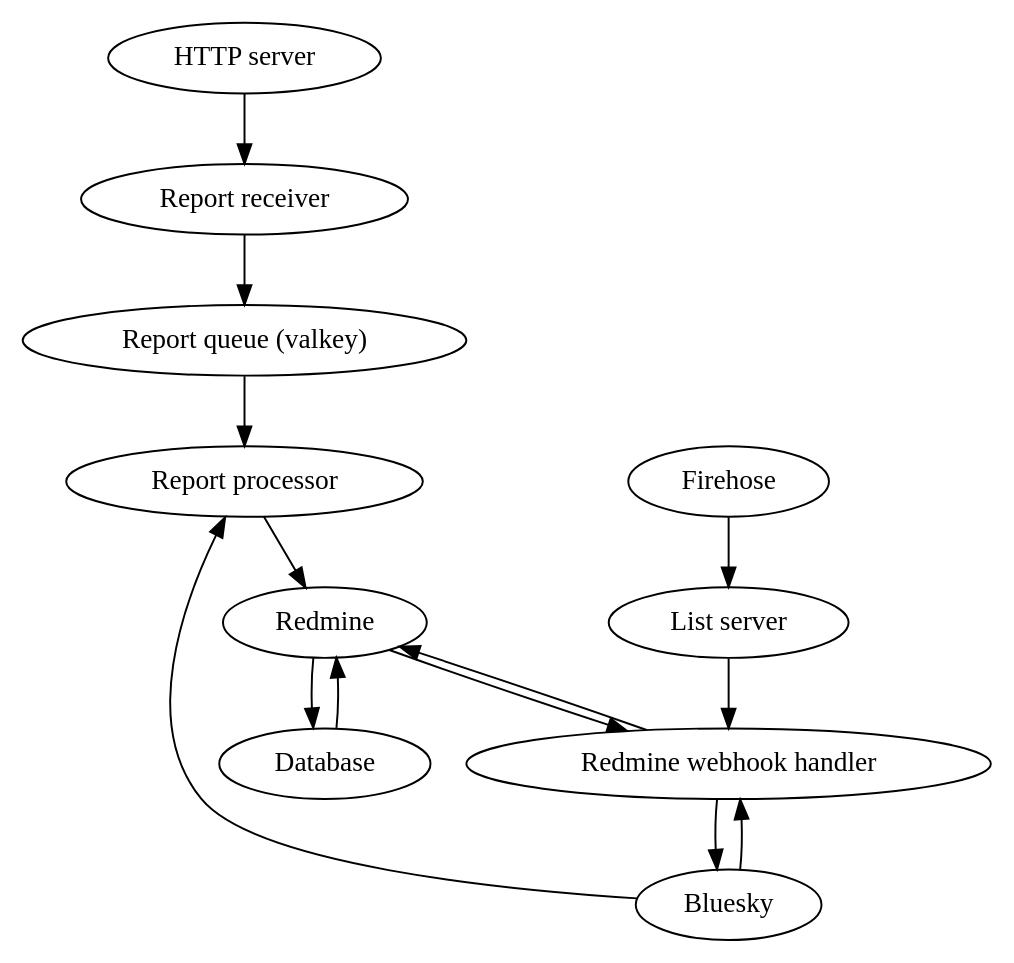
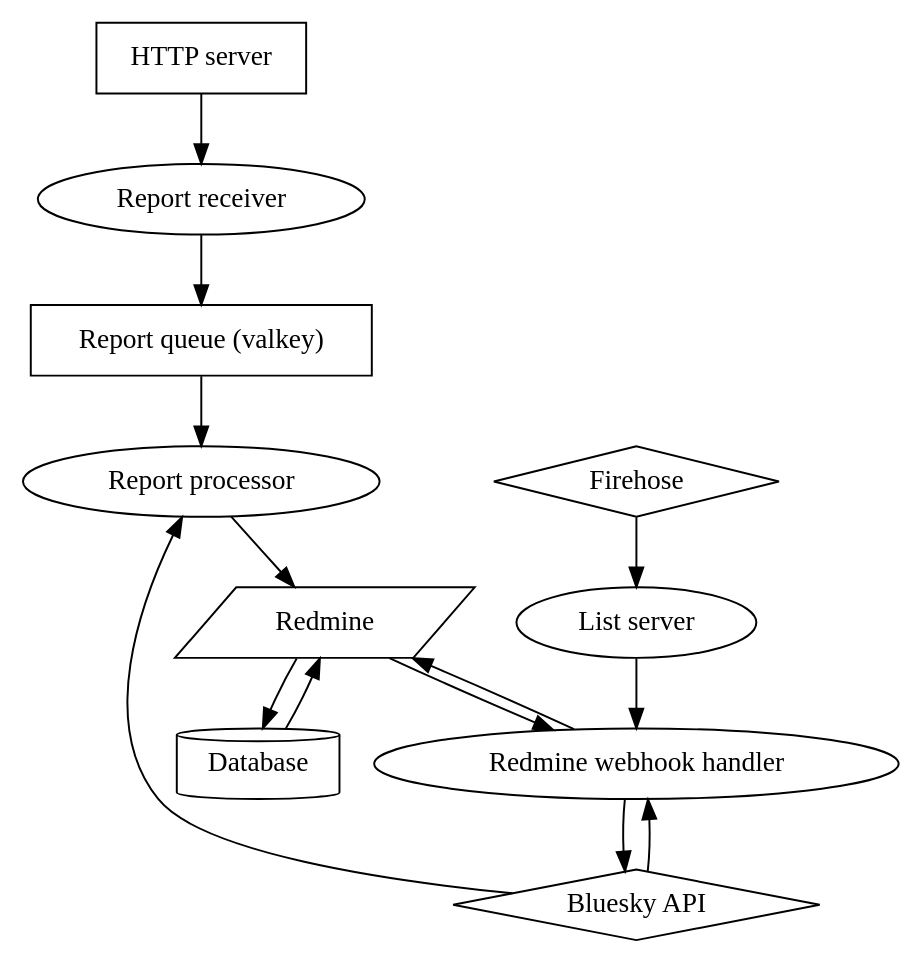
The diagram in diagram.dot (bsky-watch/modkit), drawn with Graphviz before and after one commit. The commit also changed 1 other file, not shown here.

Commit message:
doc: update the diagram

```diff
--- a/diagram.dot
+++ b/diagram.dot
@@ -1,20 +1,20 @@
 digraph diagram {
-  http [label="HTTP server"];
+  http [label="HTTP server",shape="box"];
   report_receiver [label="Report receiver"];
-  redmine [label="Redmine"];
-  report_queue [label="Report queue (valkey)"];
+  redmine [label="Redmine",shape="parallelogram"];
+  report_queue [label="Report queue (valkey)",shape="box"];
   report_processor [label="Report processor"];
   listserver [label="List server"];
   redmine_handler [label="Redmine webhook handler"];
-  postgres [label="Database"];
-  firehose [label="Firehose"];
-  bluesky [label="Bluesky"];
+  postgres [label="Database",shape="cylinder"];
+  firehose [label="Firehose",shape="diamond"];
+  bluesky [label="Bluesky API",shape="diamond"];
 
   http -> report_receiver -> report_queue -> report_processor -> redmine;
   firehose -> listserver -> redmine_handler;
   redmine -> postgres -> redmine;
   redmine_handler -> redmine -> redmine_handler;
 
   bluesky -> redmine_handler -> bluesky;
   bluesky -> report_processor;
 }
```
